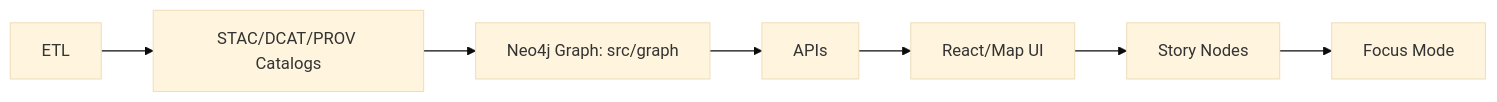
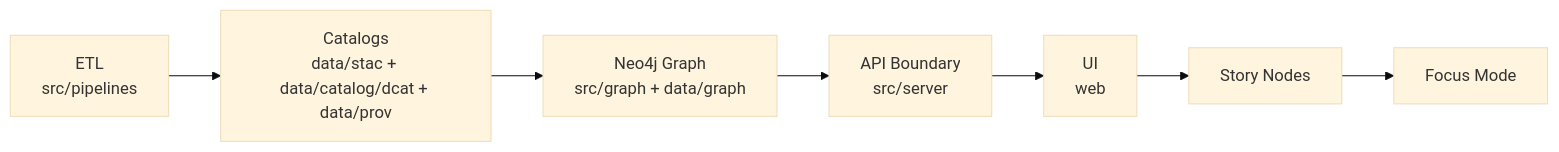
The first of 2 diagrams in src/graph/README.md (bartytime4life/Kansas-Frontier-Matrix), drawn with Mermaid (base theme) before and after one commit. The commit also changed other lines of this file, not shown here.

First line of the commit message:
Revise README for KFM Graph Subsystem to v1.0.0

```diff
--- a/src/graph/README.md
+++ b/src/graph/README.md
@@ -155,9 +160,9 @@
 ~~~mermaid
 flowchart LR
-  A[ETL] --> B[STAC/DCAT/PROV Catalogs]
-  B --> C[Neo4j Graph: src/graph]
-  C --> D[APIs]
-  D --> E[React/Map UI]
+  A[ETL<br/>src/pipelines] --> B[Catalogs<br/>data/stac + data/catalog/dcat + data/prov]
+  B --> C[Neo4j Graph<br/>src/graph + data/graph]
+  C --> D[API Boundary<br/>src/server]
+  D --> E[UI<br/>web]
   E --> F[Story Nodes]
   F --> G[Focus Mode]
 ~~~
```
